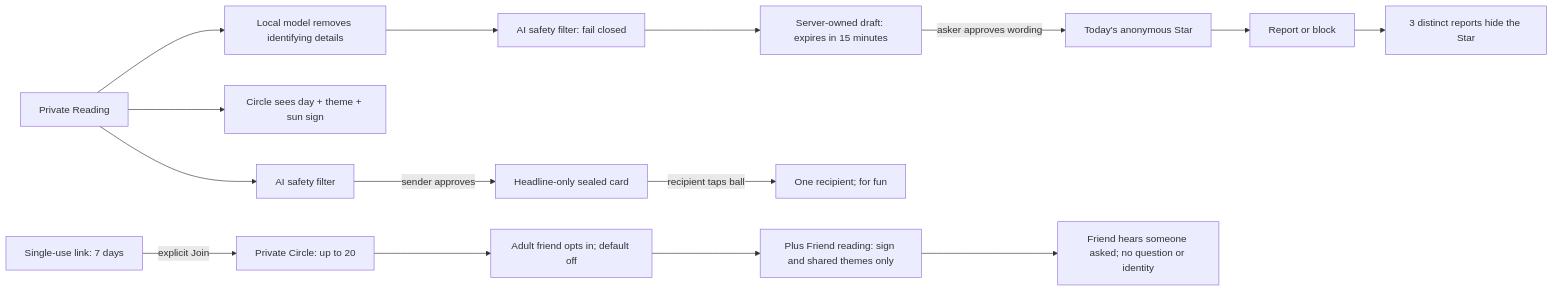
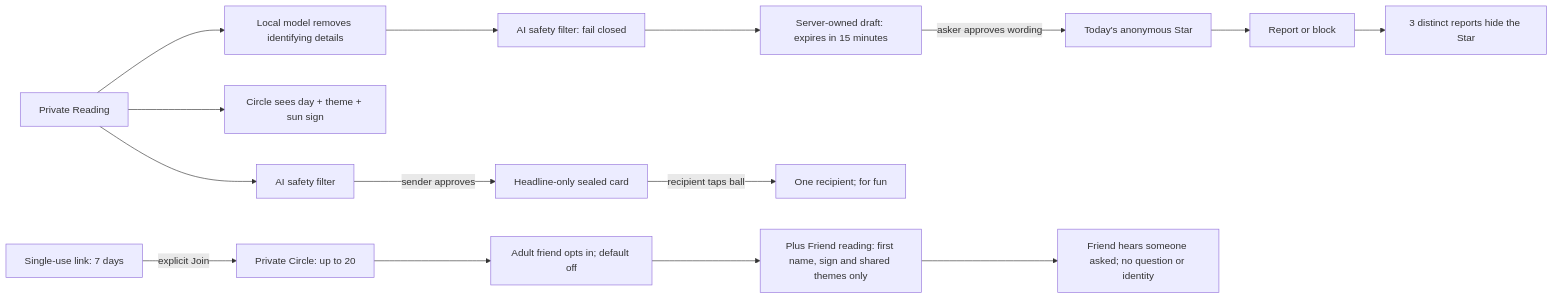
The diagram in docs/social/model.md (janustsen/crystal-ball), drawn with Mermaid before and after one commit. The commit also changed other lines of this file and 13 other files, not shown here.

````diff
--- a/docs/social/model.md
+++ b/docs/social/model.md
@@ -5,17 +5,17 @@
 ```mermaid
 flowchart LR
   Reading[Private Reading] --> Rewrite[Local model removes identifying details]
   Rewrite --> Filter[AI safety filter: fail closed]
   Filter --> Draft[Server-owned draft: expires in 15 minutes]
   Draft -->|asker approves wording| Sky[Today's anonymous Star]
   Sky --> Report[Report or block]
   Report --> Hide[3 distinct reports hide the Star]
   Reading --> Activity[Circle sees day + theme + sun sign]
   Invite[Single-use link: 7 days] -->|explicit Join| Circle[Private Circle: up to 20]
   Circle --> Consent[Adult friend opts in; default off]
-  Consent --> Friend[Plus Friend reading: sign and shared themes only]
+  Consent --> Friend[Plus Friend reading: first name, sign and shared themes only]
   Friend --> Notice[Friend hears someone asked; no question or identity]
   Reading --> SealFilter[AI safety filter]
   SealFilter -->|sender approves| Seal[Headline-only sealed card]
   Seal -->|recipient taps ball| Open[One recipient; for fun]
 ```
````
